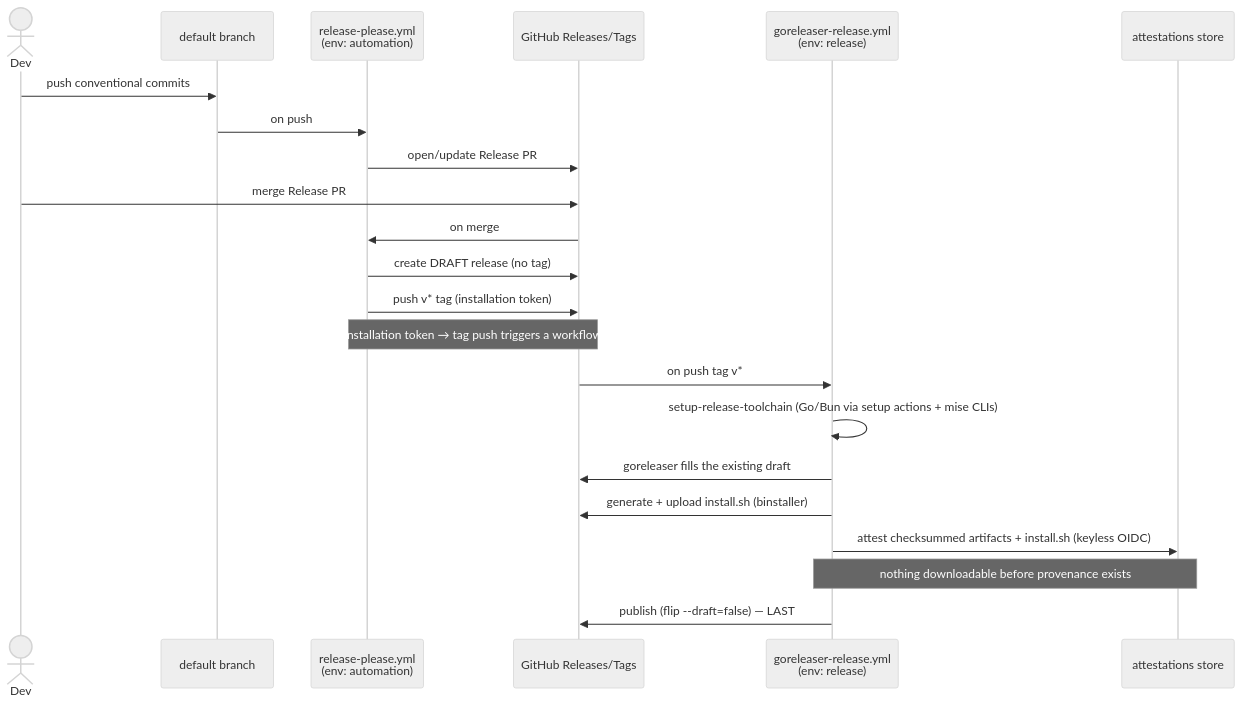
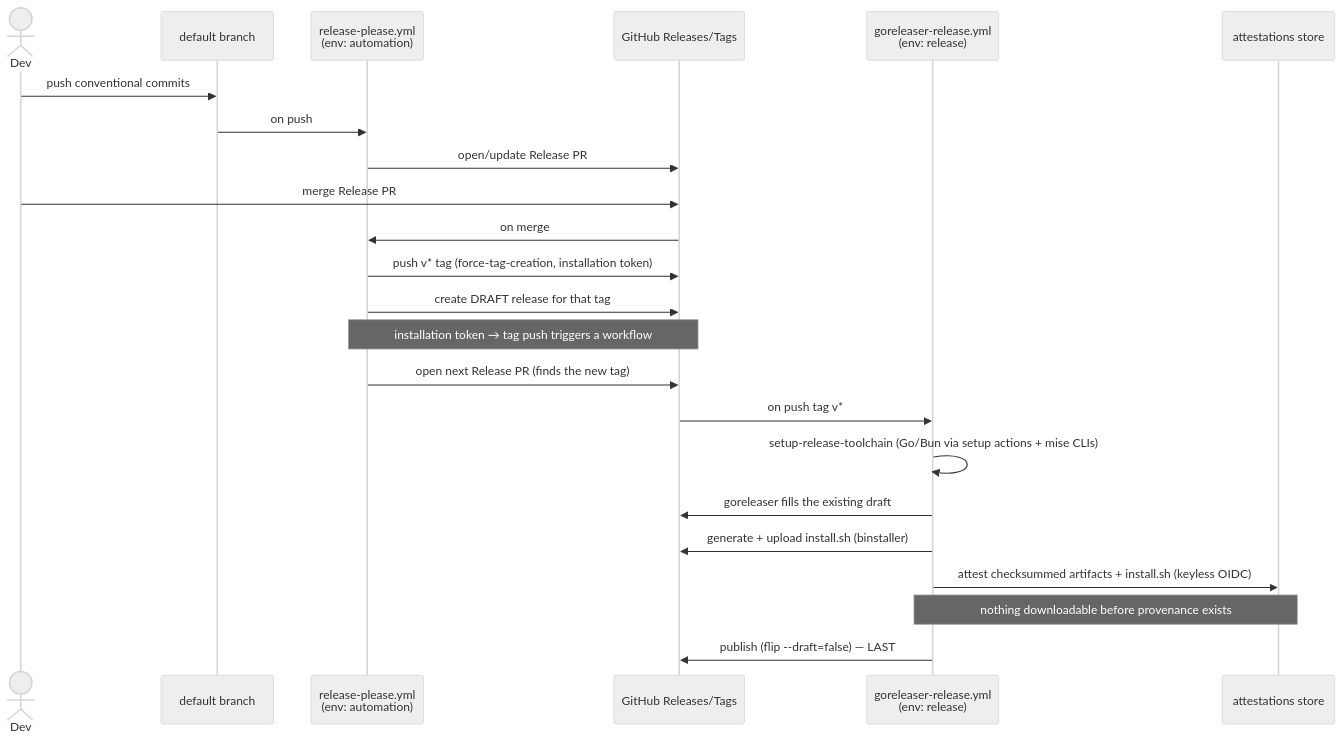
One commit to chinmina/.github changed the first of 2 diagrams in docs/release-workflows.md. Above: the diagram before and after it, drawn with Mermaid (neutral theme). The commit also changed other lines of this file and 25 other files, not shown here.

First line of the commit message:
fix(release-please)!: require force-tag-creation so the next Release PR finds the release (#24)

````diff
--- a/docs/release-workflows.md
+++ b/docs/release-workflows.md
@@ -63,25 +64,26 @@
 ```mermaid
 sequenceDiagram
     actor Dev
     participant Main as default branch
     participant RP as release-please.yml<br/>(env: automation)
     participant GH as GitHub Releases/Tags
     participant Rel as goreleaser-release.yml<br/>(env: release)
     participant Att as attestations store
 
     Dev->>Main: push conventional commits
     Main->>RP: on push
     RP->>GH: open/update Release PR
     Dev->>GH: merge Release PR
     GH->>RP: on merge
-    RP->>GH: create DRAFT release (no tag)
-    RP->>GH: push v* tag (installation token)
+    RP->>GH: push v* tag (force-tag-creation, installation token)
+    RP->>GH: create DRAFT release for that tag
     Note over RP,GH: installation token → tag push triggers a workflow
+    RP->>GH: open next Release PR (finds the new tag)
     GH->>Rel: on push tag v*
     Rel->>Rel: setup-release-toolchain (Go/Bun via setup actions + mise CLIs)
     Rel->>GH: goreleaser fills the existing draft
     Rel->>GH: generate + upload install.sh (binstaller)
     Rel->>Att: attest checksummed artifacts + install.sh (keyless OIDC)
     Note over Rel,Att: nothing downloadable before provenance exists
     Rel->>GH: publish (flip --draft=false) — LAST
 ```
````
